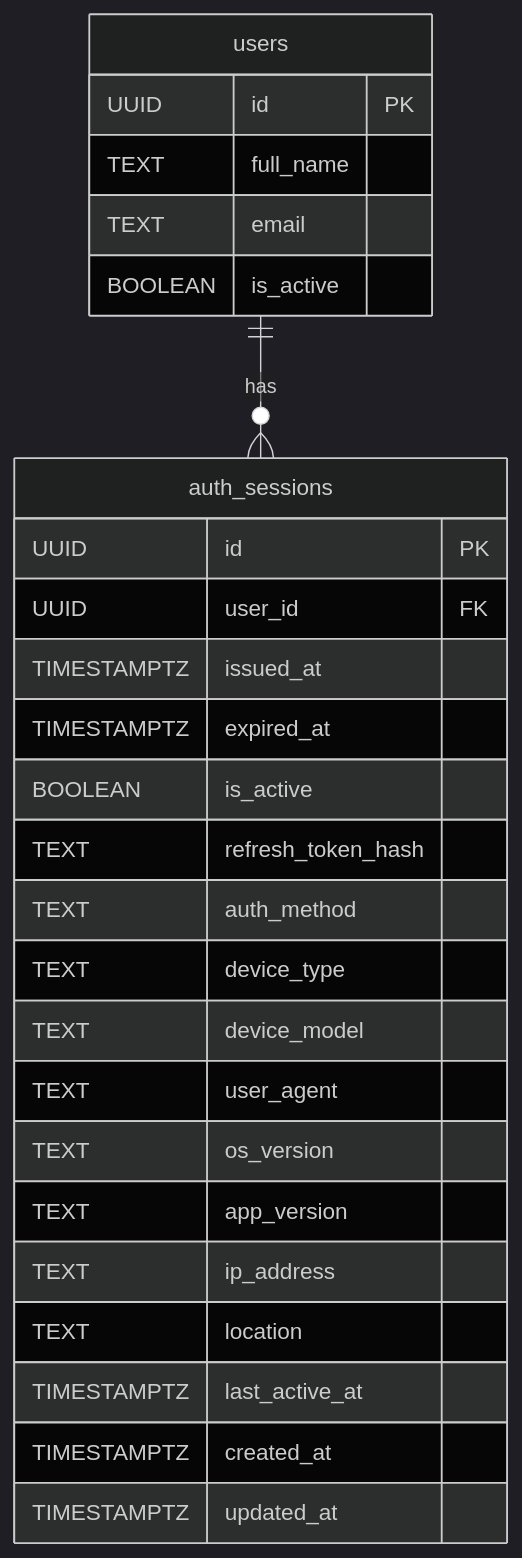
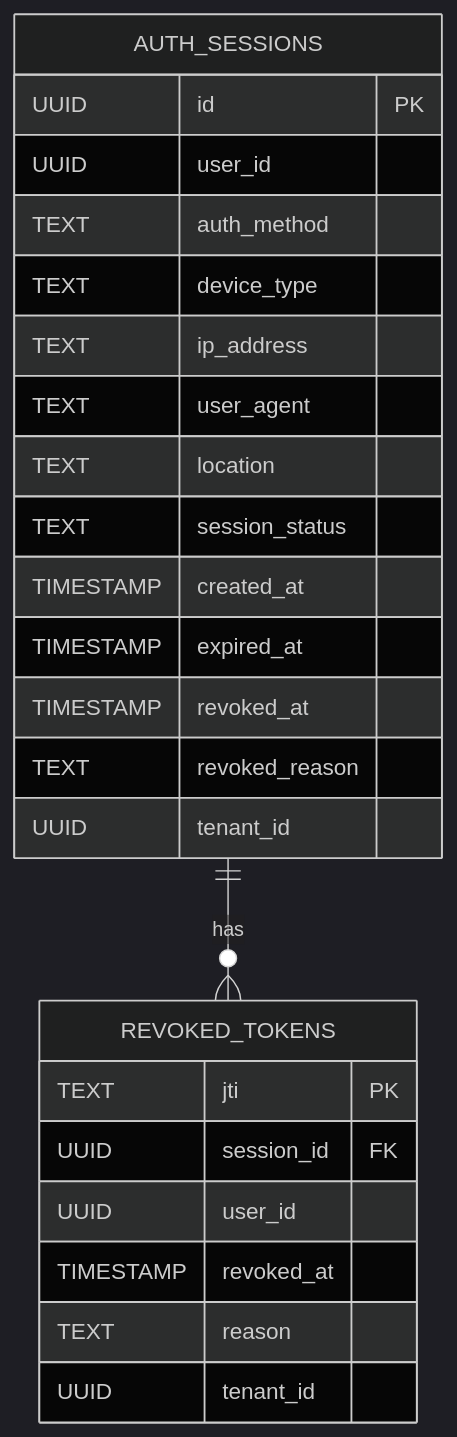
Before and after one commit to ezdesign-vn/dx-vas: the first of 2 diagrams in docs/services/auth-service/sub/data-model.md, drawn with Mermaid (dark theme). The commit also changed other lines of this file and 4 other files, not shown here.

````diff
--- a/docs/services/auth-service/sub/data-model.md
+++ b/docs/services/auth-service/sub/data-model.md
@@ -56,31 +73,30 @@
 ```mermaid
 erDiagram
-  users ||--o{ auth_sessions : has
 
-  users {
+  AUTH_SESSIONS {
     UUID id PK
-    TEXT full_name
-    TEXT email
-    BOOLEAN is_active
+    UUID user_id
+    TEXT auth_method
+    TEXT device_type
+    TEXT ip_address
+    TEXT user_agent
+    TEXT location
+    TEXT session_status
+    TIMESTAMP created_at
+    TIMESTAMP expired_at
+    TIMESTAMP revoked_at
+    TEXT revoked_reason
+    UUID tenant_id
   }
 
-  auth_sessions {
-    UUID id PK
-    UUID user_id FK
-    TIMESTAMPTZ issued_at
-    TIMESTAMPTZ expired_at
-    BOOLEAN is_active
-    TEXT refresh_token_hash
-    TEXT auth_method
-    TEXT device_type
-    TEXT device_model
-    TEXT user_agent
-    TEXT os_version
-    TEXT app_version
-    TEXT ip_address
-    TEXT location
-    TIMESTAMPTZ last_active_at
-    TIMESTAMPTZ created_at
-    TIMESTAMPTZ updated_at
+  REVOKED_TOKENS {
+    TEXT jti PK
+    UUID session_id FK
+    UUID user_id
+    TIMESTAMP revoked_at
+    TEXT reason
+    UUID tenant_id
   }
+
+  AUTH_SESSIONS ||--o{ REVOKED_TOKENS : has
 ```
````
